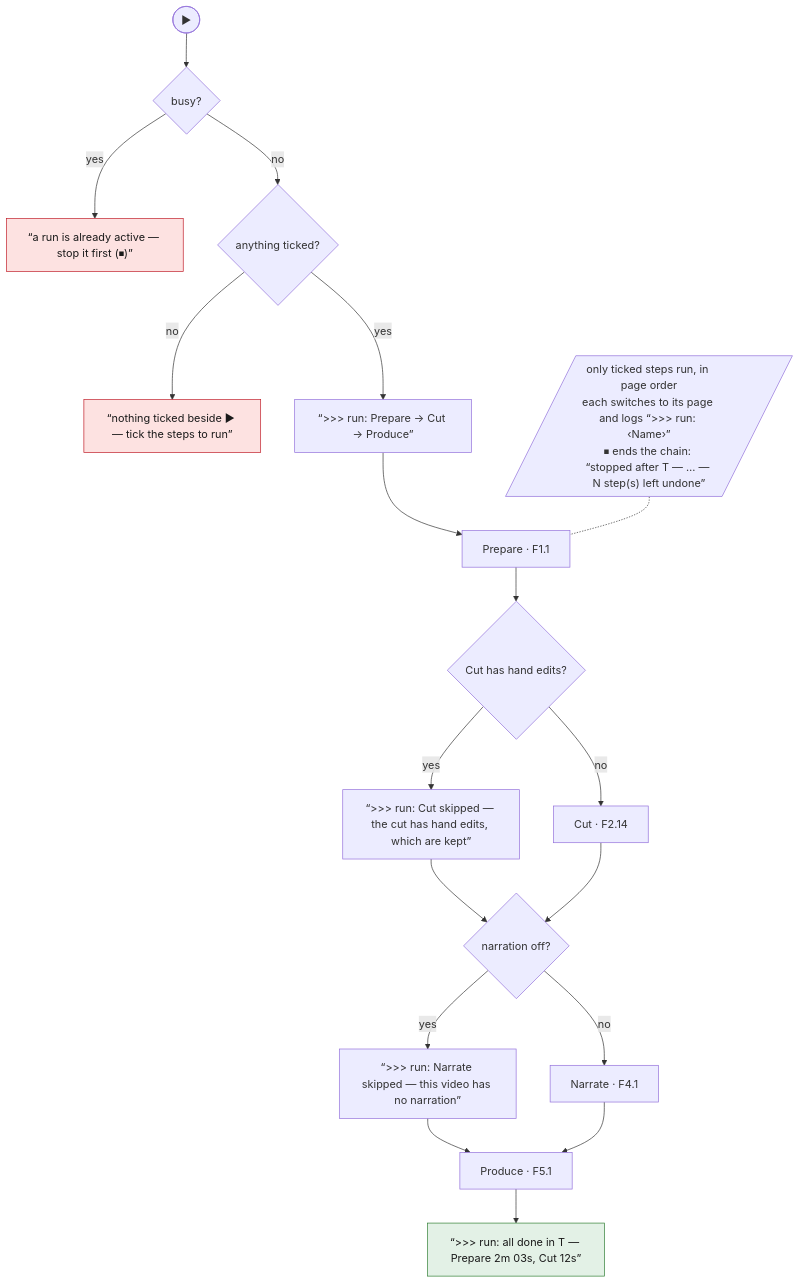
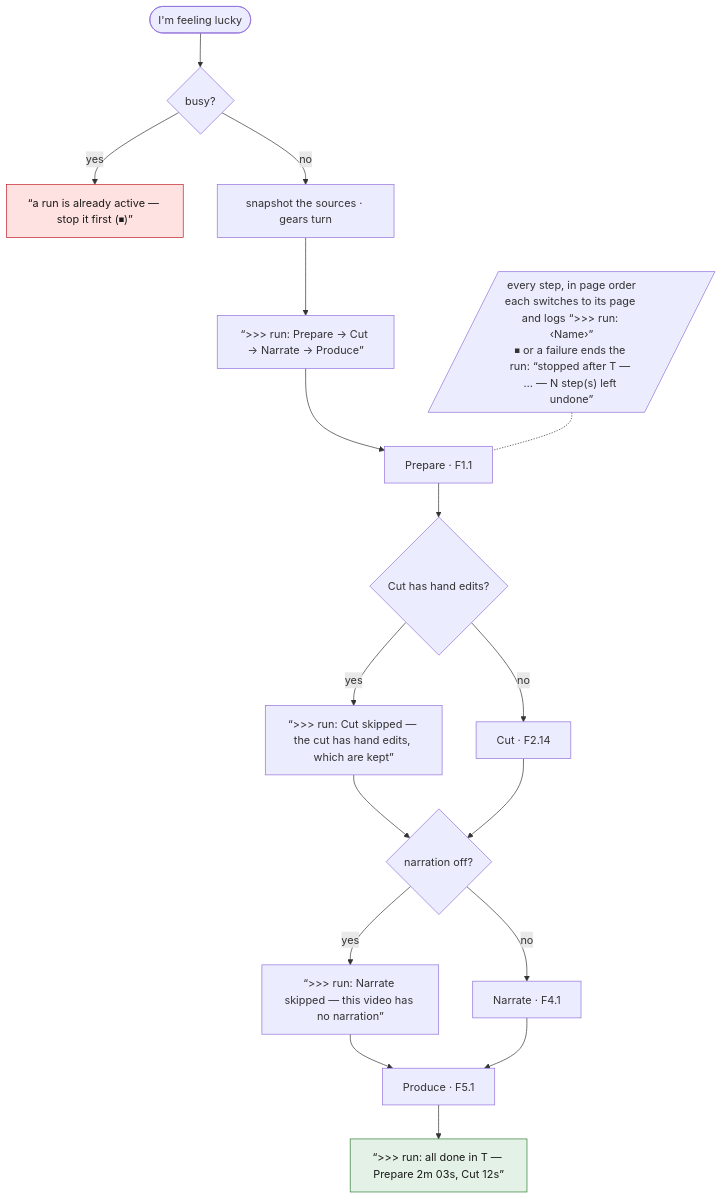
The fourth of 13 diagrams in spec/03-shell.md (tbocek/naivepost), drawn with Mermaid before and after one commit. The commit also changed other lines of this file and 24 other files, not shown here.

````diff
--- a/spec/03-shell.md
+++ b/spec/03-shell.md
@@ -95,23 +101,22 @@
 ```mermaid
 flowchart TD
-  A(["▶"]) --> B{"busy?"}
+  A(["I'm feeling lucky"]) --> B{"busy?"}
   B -- yes --> R1["“a run is already active — stop it first (⏹)”"]:::refuse
-  B -- no --> C{"anything ticked?"}
-  C -- no --> R2["“nothing ticked beside ▶ — tick the steps to run”"]:::refuse
-  C -- yes --> L["“>>> run: Prepare → Cut → Produce”"]
+  B -- no --> S["snapshot the sources · gears turn"]
+  S --> L["“>>> run: Prepare → Cut → Narrate → Produce”"]
   L --> P["Prepare · F1.1"]
   P --> CU{"Cut has hand edits?"}
   CU -- yes --> CS["“>>> run: Cut skipped — the cut has hand edits, which are kept”"]
   CU -- no --> CR["Cut · F2.14"]
   CS --> NA
   CR --> NA{"narration off?"}
   NA -- yes --> NS["“>>> run: Narrate skipped — this video has no narration”"]
   NA -- no --> NR["Narrate · F4.1"]
   NS --> PR
   NR --> PR["Produce · F5.1"]
   PR --> E["“>>> run: all done in T — Prepare 2m 03s, Cut 12s”"]:::done
-  N1[/"only ticked steps run, in page order<br/>each switches to its page and logs “>>> run: ‹Name›”<br/>⏹ ends the chain: “stopped after T — … — N step(s) left undone”"/]
+  N1[/"every step, in page order<br/>each switches to its page and logs “>>> run: ‹Name›”<br/>⏹ or a failure ends the run: “stopped after T — … — N step(s) left undone”"/]
   N1 -.- P
   classDef refuse fill:#fde2e1,stroke:#c01c28,color:#1a1a1a
   classDef done fill:#e3f1e6,stroke:#2e7d32,color:#1a1a1a
 ```
````
